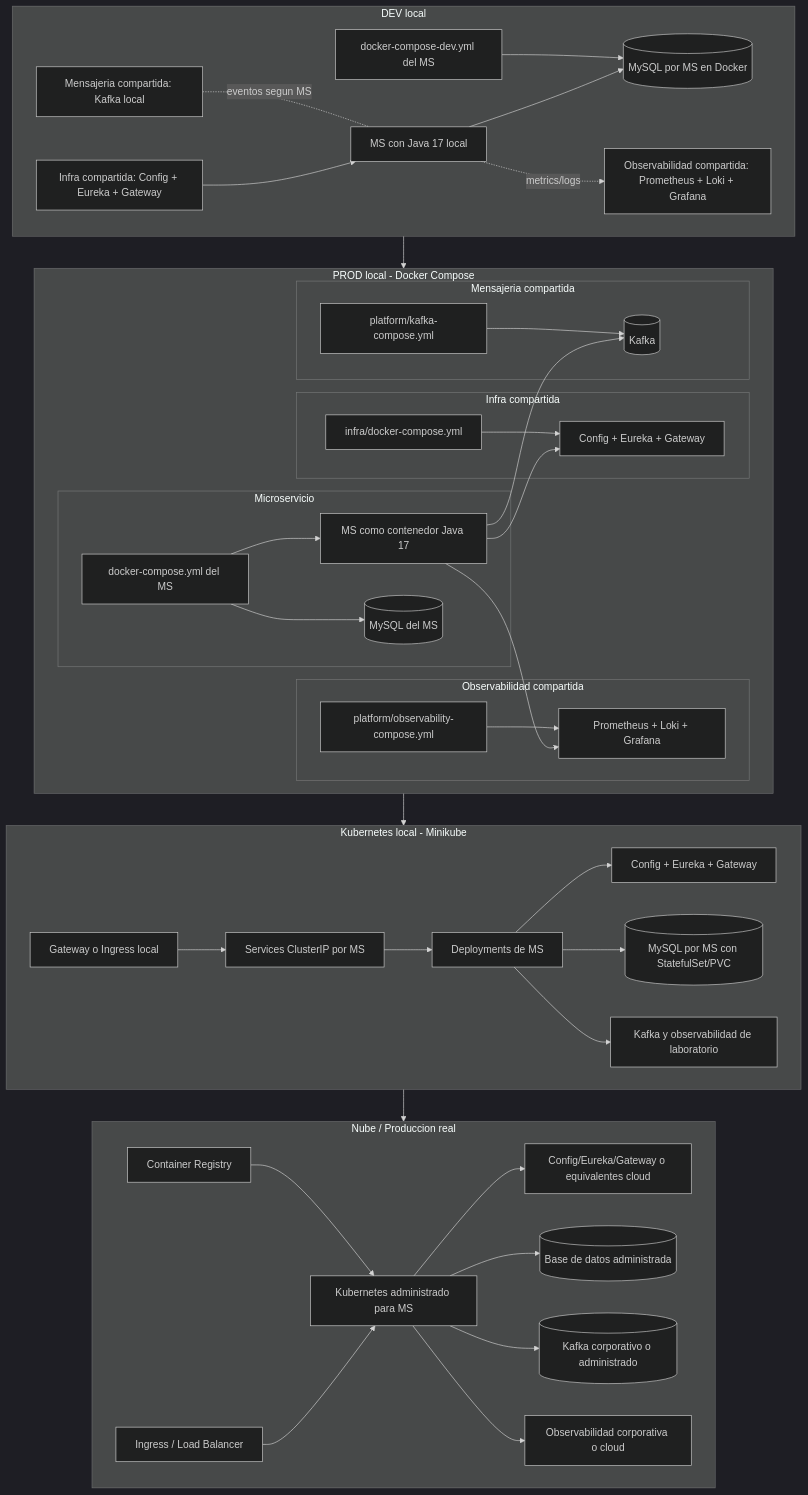
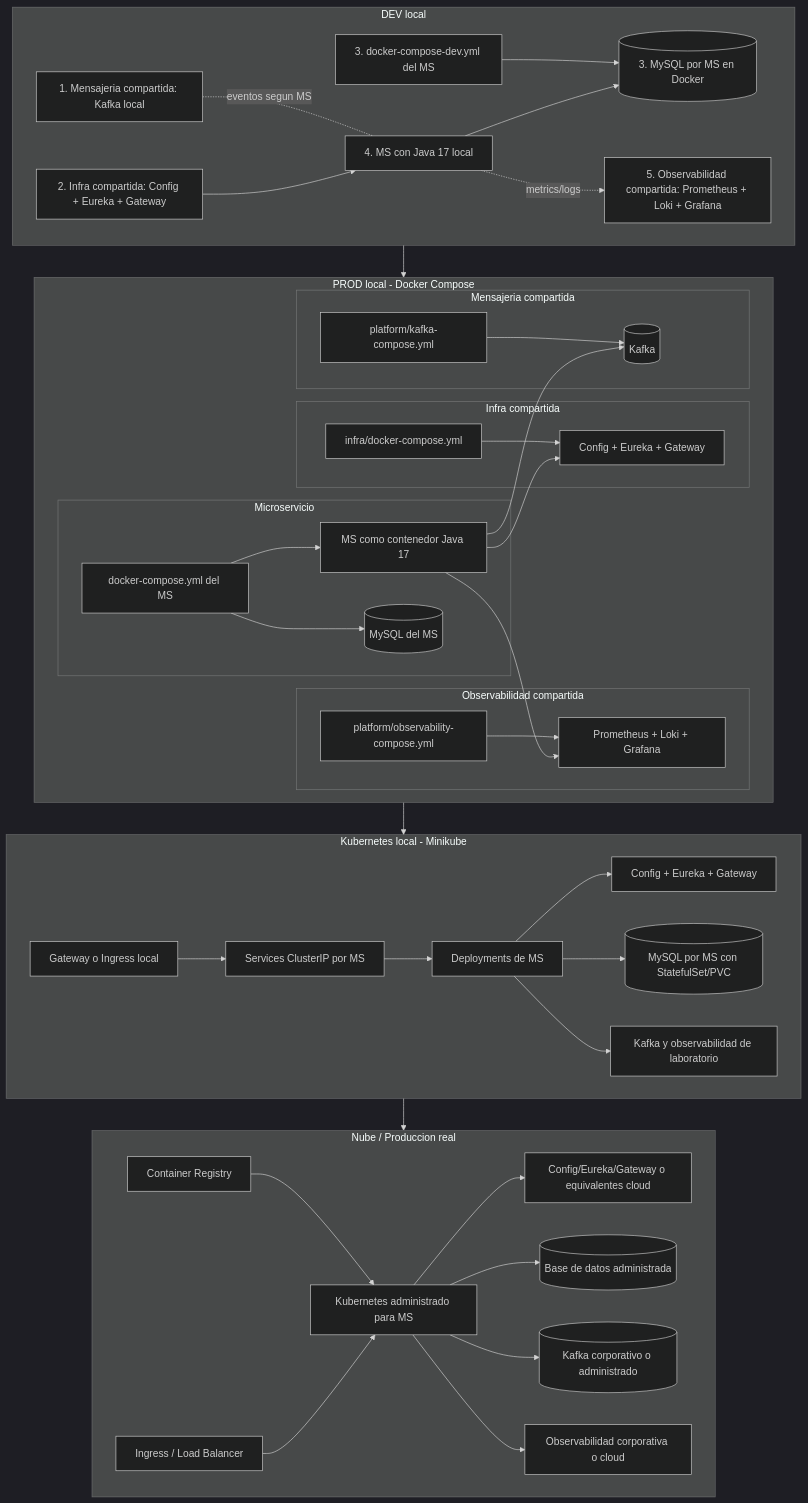
Before and after one commit to 262dist/pagatu: the tenth of 10 diagrams in README.md, drawn with Mermaid (dark theme).

````diff
--- a/README.md
+++ b/README.md
@@ -545,81 +545,81 @@
 ```mermaid
 flowchart TB
     subgraph dev[DEV local]
-        devmessaging[Mensajeria compartida: Kafka local]
-        devshared[Infra compartida: Config + Eureka + Gateway]
-        devmscompose[docker-compose-dev.yml del MS]
-        devjava[MS con Java 17 local]
-        devmysql[(MySQL por MS en Docker)]
-        devobs[Observabilidad compartida: Prometheus + Loki + Grafana]
+        devmessaging[1. Mensajeria compartida: Kafka local]
+        devshared[2. Infra compartida: Config + Eureka + Gateway]
+        devmscompose[3. docker-compose-dev.yml del MS]
+        devjava[4. MS con Java 17 local]
+        devmysql[(3. MySQL por MS en Docker)]
+        devobs[5. Observabilidad compartida: Prometheus + Loki + Grafana]
 
         devmessaging -. eventos segun MS .- devjava
         devmscompose --> devmysql
         devshared --> devjava
         devjava --> devmysql
         devjava -. metrics/logs .-> devobs
     end
 
     subgraph compose[PROD local - Docker Compose]
         subgraph messagingBox[Mensajeria compartida]
             kafkacompose[platform/kafka-compose.yml]
             composekafka[(Kafka)]
             kafkacompose --> composekafka
         end
 
         subgraph composeinfraBox[Infra compartida]
             infracompose[infra/docker-compose.yml]
             composeinfra[Config + Eureka + Gateway]
             infracompose --> composeinfra
         end
 
         subgraph observabilityBox[Observabilidad compartida]
             obscompose[platform/observability-compose.yml]
             obsstack[Prometheus + Loki + Grafana]
             obscompose --> obsstack
         end
 
         subgraph composemsBox[Microservicio]
             mscompose[docker-compose.yml del MS]
             composems[MS como contenedor Java 17]
             composedb[(MySQL del MS)]
             mscompose --> composems
             mscompose --> composedb
         end
 
         composems --> composeinfra
         composems --> composekafka
         composems --> obsstack
     end
 
     subgraph k8slocal[Kubernetes local - Minikube]
         k8sinfra[Config + Eureka + Gateway]
         k8sdeploy[Deployments de MS]
         k8ssvc[Services ClusterIP por MS]
         k8sdb[(MySQL por MS con StatefulSet/PVC)]
         k8splatform[Kafka y observabilidad de laboratorio]
         k8sing[Gateway o Ingress local]
         k8sing --> k8ssvc
         k8ssvc --> k8sdeploy
         k8sdeploy --> k8sinfra
         k8sdeploy --> k8sdb
         k8sdeploy --> k8splatform
     end
 
     subgraph cloud[Nube / Produccion real]
         cloudk8s[Kubernetes administrado para MS]
         registry[Container Registry]
         manageddb[(Base de datos administrada)]
         managedkafka[(Kafka corporativo o administrado)]
         managedobs[Observabilidad corporativa o cloud]
         cloudinfra[Config/Eureka/Gateway o equivalentes cloud]
         ingress[Ingress / Load Balancer]
         registry --> cloudk8s
         ingress --> cloudk8s
         cloudk8s --> cloudinfra
         cloudk8s --> manageddb
         cloudk8s --> managedkafka
         cloudk8s --> managedobs
     end
 
     dev --> compose --> k8slocal --> cloud
 ```
````
